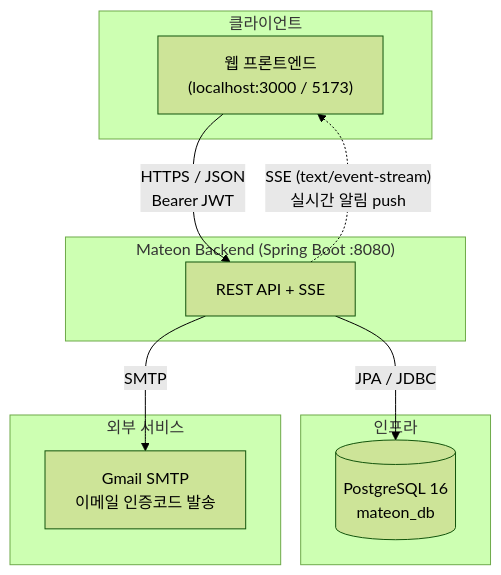
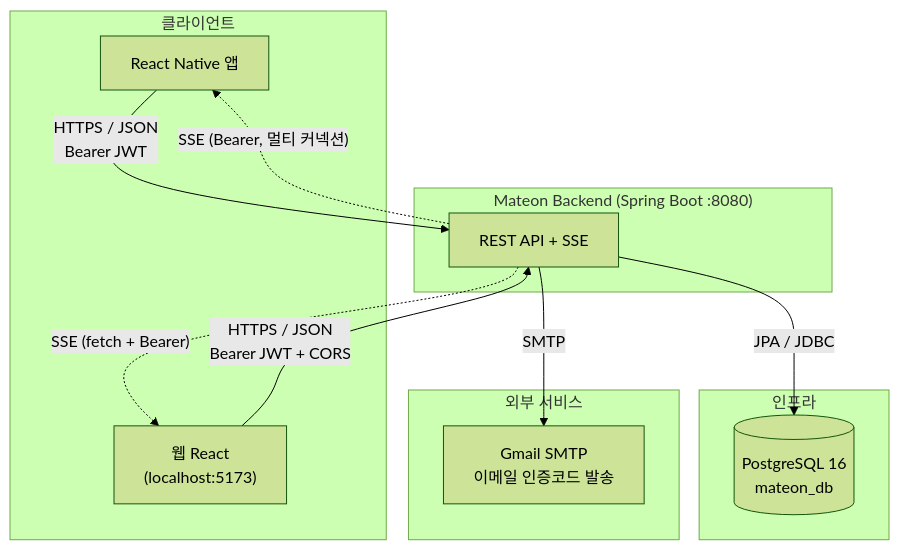
The first of 8 diagrams in docs/architecture.md (eagleindesert/mateon-backend), drawn with Mermaid (forest theme) before and after one commit. The commit also changed 54 other files, not shown here.

First line of the commit message:
feat: RN과 웹 React 동시 지원 — CORS, 멀티세션, 카카오 인가코드, 비밀번호 찾기

````diff
--- a/docs/architecture.md
+++ b/docs/architecture.md
@@ -15,23 +15,26 @@
 ```mermaid
 graph TB
     subgraph Clients["클라이언트"]
-        WEB["웹 프론트엔드<br/>(localhost:3000 / 5173)"]
+        RN["React Native 앱"]
+        WEB["웹 React<br/>(localhost:5173)"]
     end
 
     subgraph Backend["Mateon Backend (Spring Boot :8080)"]
         API["REST API + SSE"]
     end
 
     subgraph Infra["인프라"]
         DB[("PostgreSQL 16<br/>mateon_db")]
     end
 
     subgraph External["외부 서비스"]
         SMTP["Gmail SMTP<br/>이메일 인증코드 발송"]
     end
 
-    WEB -->|"HTTPS / JSON<br/>Bearer JWT"| API
-    API -.->|"SSE (text/event-stream)<br/>실시간 알림 push"| WEB
+    RN -->|"HTTPS / JSON<br/>Bearer JWT"| API
+    WEB -->|"HTTPS / JSON<br/>Bearer JWT + CORS"| API
+    API -.->|"SSE (Bearer, 멀티 커넥션)"| RN
+    API -.->|"SSE (fetch + Bearer)"| WEB
     API -->|JPA / JDBC| DB
     API -->|SMTP| SMTP
 ```
````
